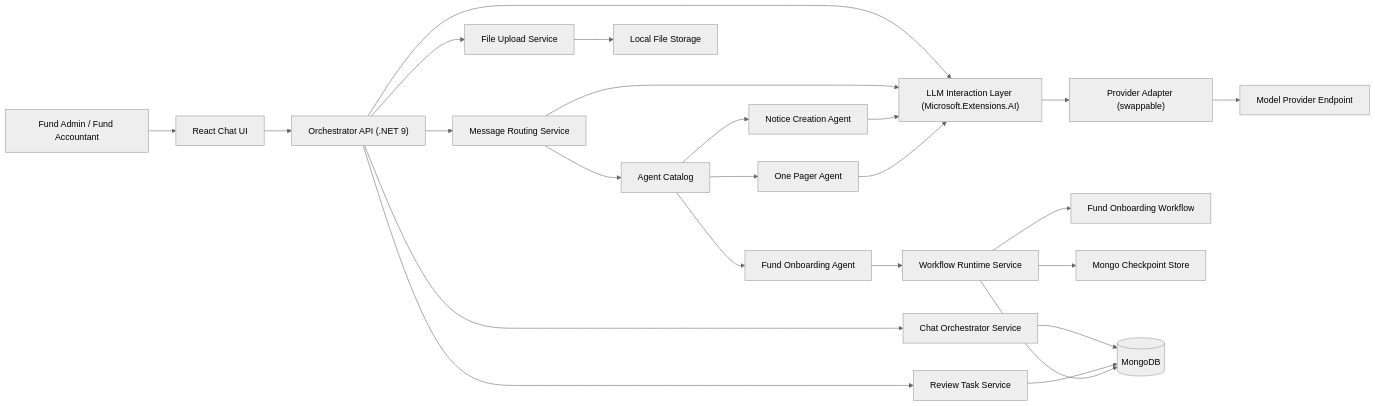
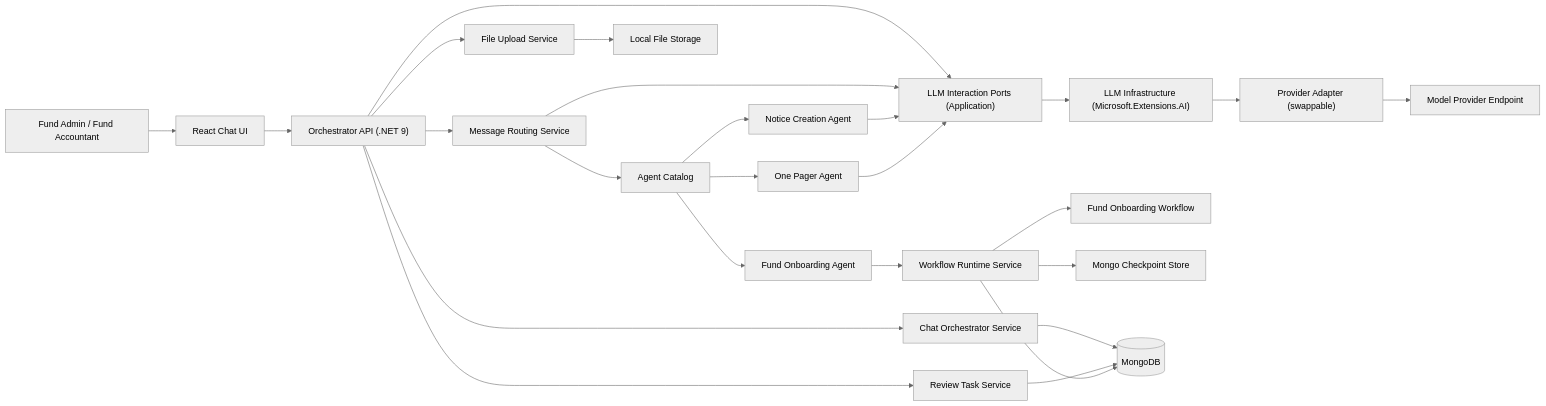
One commit to naveenpatilcbit/agentic-orchestrator changed the first of 15 diagrams in docs/system-design.md. Above: the diagram before and after it, drawn with Mermaid (neutral theme). The commit also changed other lines of this file, not shown here.

Commit message:
Update system design doc for clean architecture and multi-turn

````diff
--- a/docs/system-design.md
+++ b/docs/system-design.md
@@ -126,30 +126,31 @@
 ```mermaid
 flowchart LR
     U["Fund Admin / Fund Accountant"] --> UI["React Chat UI"]
     UI --> API["Orchestrator API (.NET 9)"]
 
     API --> ROUTER["Message Routing Service"]
     API --> CHAT["Chat Orchestrator Service"]
     API --> REV["Review Task Service"]
     API --> FILES["File Upload Service"]
-    API --> LLM["LLM Interaction Layer (Microsoft.Extensions.AI)"]
+    API --> LLM["LLM Interaction Ports (Application)"]
 
     ROUTER --> AGENTS["Agent Catalog"]
     AGENTS --> NOTICE["Notice Creation Agent"]
     AGENTS --> ONEPAGER["One Pager Agent"]
     AGENTS --> ONBOARD["Fund Onboarding Agent"]
     ROUTER --> LLM
     NOTICE --> LLM
     ONEPAGER --> LLM
-    LLM --> PROVIDER["Provider Adapter (swappable)"]
+    LLM --> AIINFRA["LLM Infrastructure (Microsoft.Extensions.AI)"]
+    AIINFRA --> PROVIDER["Provider Adapter (swappable)"]
     PROVIDER --> MODEL["Model Provider Endpoint"]
 
     ONBOARD --> WFRT["Workflow Runtime Service"]
     WFRT --> WFLOW["Fund Onboarding Workflow"]
     WFRT --> WFCHECK["Mongo Checkpoint Store"]
 
     CHAT --> MONGO[("MongoDB")]
     REV --> MONGO
     WFRT --> MONGO
     FILES --> DISK["Local File Storage"]
 ```
````
